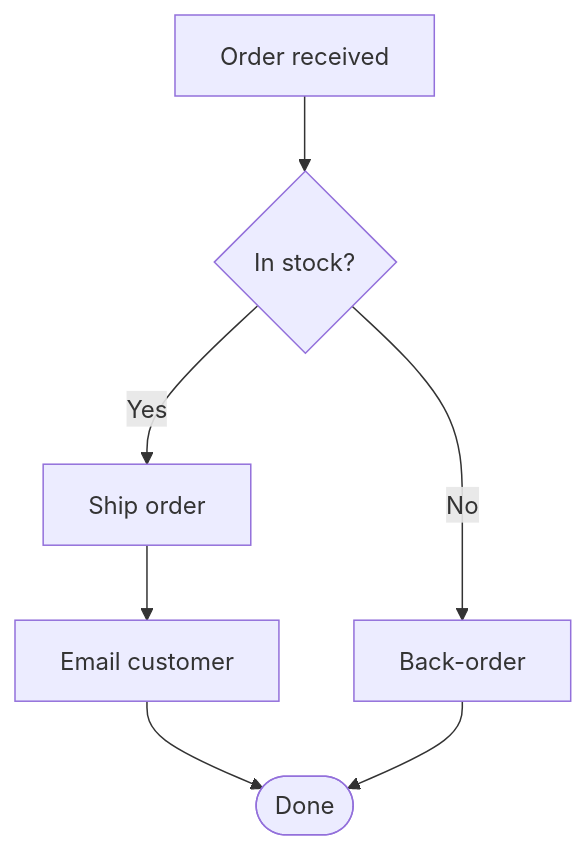
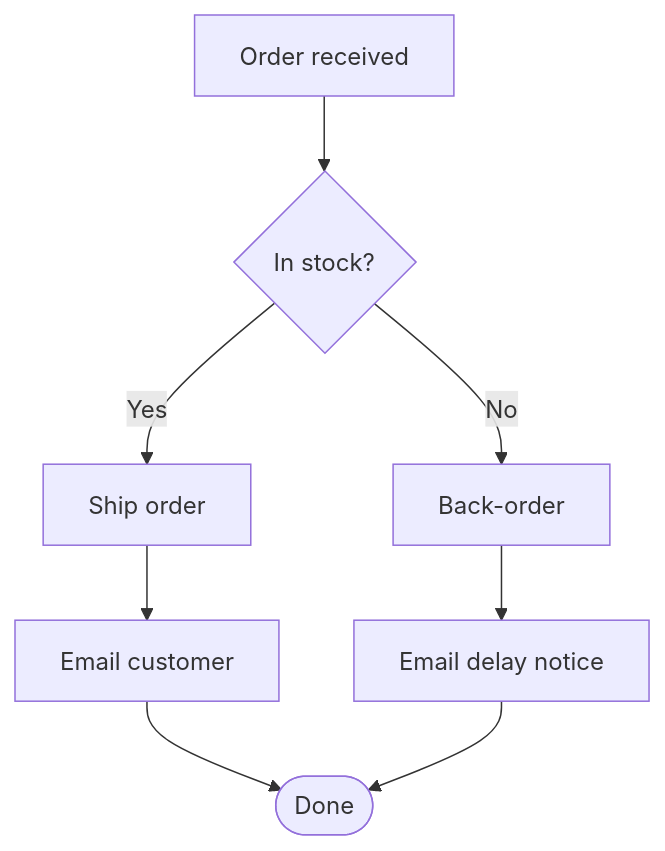
The diagram in architecture/diagrams/sample-order-flow/sample-order-flow.mmd (muirjc/arch_as_code), drawn with Mermaid before and after one commit. The commit also changed 4 other files, not shown here.

First line of the commit message:
Submit "Sample Order Flow" (version 4) from Canvas

```diff
--- a/architecture/diagrams/sample-order-flow/sample-order-flow.mmd
+++ b/architecture/diagrams/sample-order-flow/sample-order-flow.mmd
@@ -1,7 +1,8 @@
 flowchart TD
   order[Order received] --> check{In stock?}
   check -->|Yes| ship[Ship order]
   check -->|No| backorder[Back-order]
   ship --> notify[Email customer]
+  backorder --> notifyDelay[Email delay notice]
   notify --> done([Done])
-  backorder --> done
+  notifyDelay --> done
```
